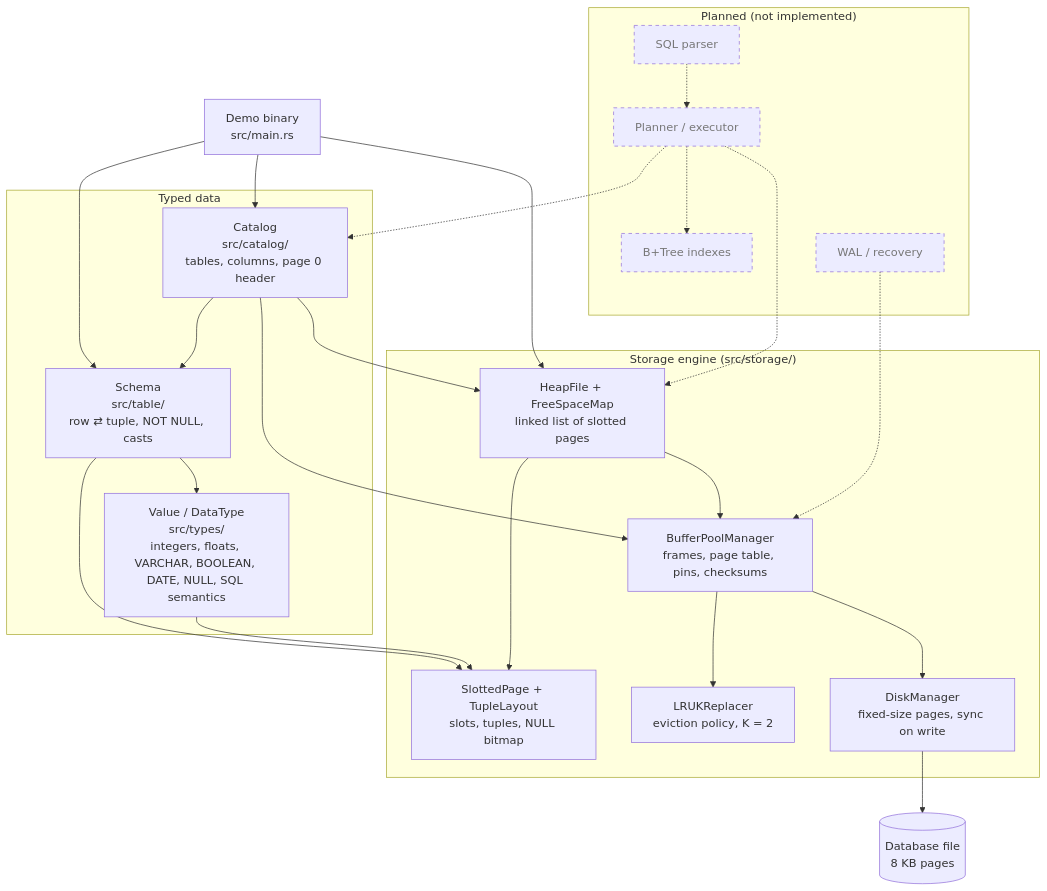
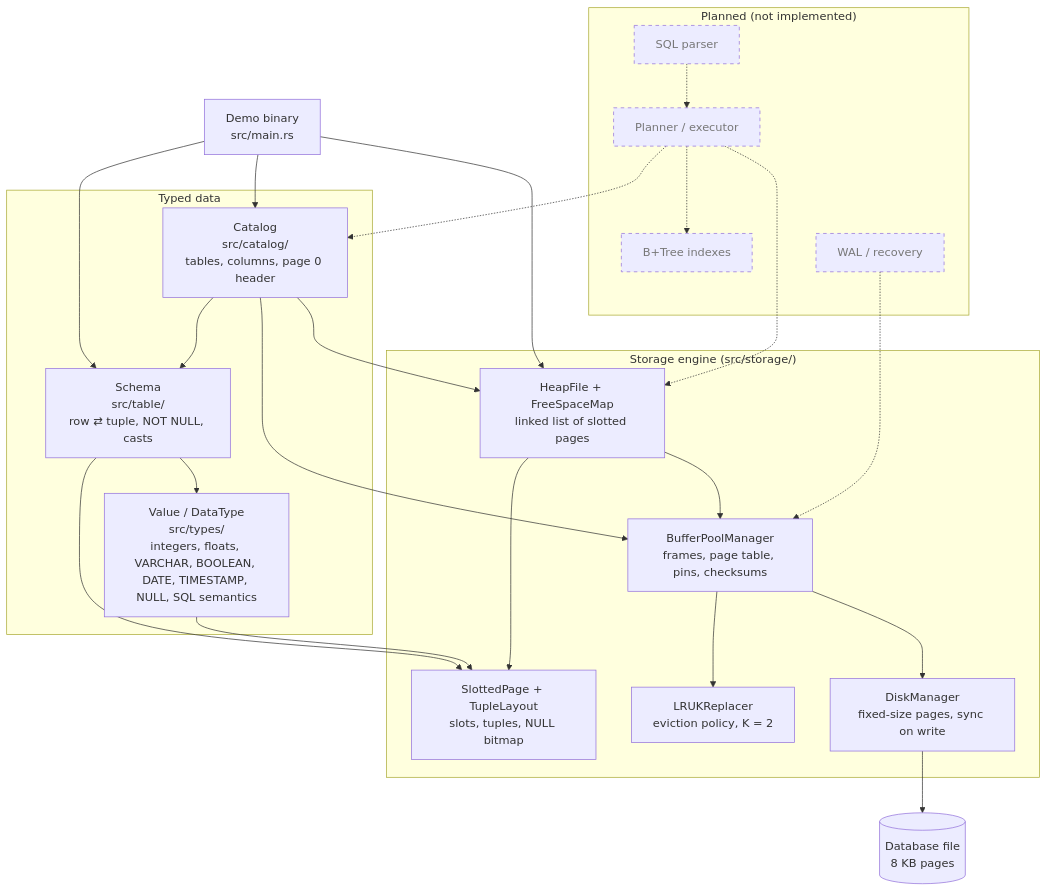
One commit to RodrigoGrz/ferro-db changed the diagram in docs/architecture.md. Above: the diagram before and after it, drawn with Mermaid. The commit also changed other lines of this file and 14 other files, not shown here.

````diff
--- a/docs/architecture.md
+++ b/docs/architecture.md
@@ -9,50 +9,50 @@
 ```mermaid
 flowchart TD
     demo["Demo binary<br/>src/main.rs"]
 
     subgraph upper["Typed data"]
         catalog["Catalog<br/>src/catalog/<br/>tables, columns, page 0 header"]
         schema["Schema<br/>src/table/<br/>row ⇄ tuple, NOT NULL, casts"]
-        types["Value / DataType<br/>src/types/<br/>integers, floats, VARCHAR, BOOLEAN, DATE, NULL, SQL semantics"]
+        types["Value / DataType<br/>src/types/<br/>integers, floats, VARCHAR, BOOLEAN, DATE, TIMESTAMP, NULL, SQL semantics"]
     end
 
     subgraph storage["Storage engine (src/storage/)"]
         heap["HeapFile + FreeSpaceMap<br/>linked list of slotted pages"]
         slotted["SlottedPage + TupleLayout<br/>slots, tuples, NULL bitmap"]
         bpm["BufferPoolManager<br/>frames, page table, pins, checksums"]
         replacer["LRUKReplacer<br/>eviction policy, K = 2"]
         disk["DiskManager<br/>fixed-size pages, sync on write"]
     end
 
     file[("Database file<br/>8 KB pages")]
 
     demo --> catalog
     demo --> schema
     demo --> heap
     catalog --> heap
     catalog --> schema
     schema --> types
     schema --> slotted
     types --> slotted
     heap --> slotted
     heap --> bpm
     catalog --> bpm
     bpm --> replacer
     bpm --> disk
     disk --> file
 
     subgraph planned["Planned (not implemented)"]
         sql["SQL parser"]
         planner["Planner / executor"]
         index["B+Tree indexes"]
         wal["WAL / recovery"]
     end
     sql -.-> planner
     planner -.-> catalog
     planner -.-> heap
     planner -.-> index
     wal -.-> bpm
 
     classDef plannedNode stroke-dasharray: 5 5,color:#777
     class sql,planner,index,wal plannedNode
 ```
````
